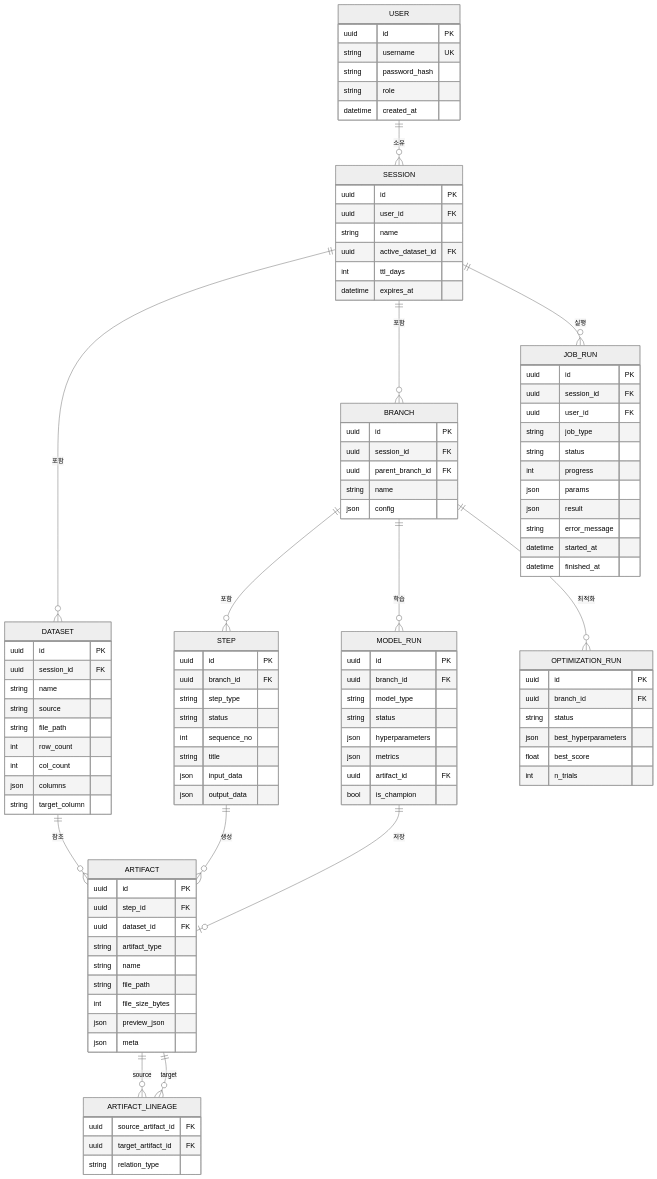
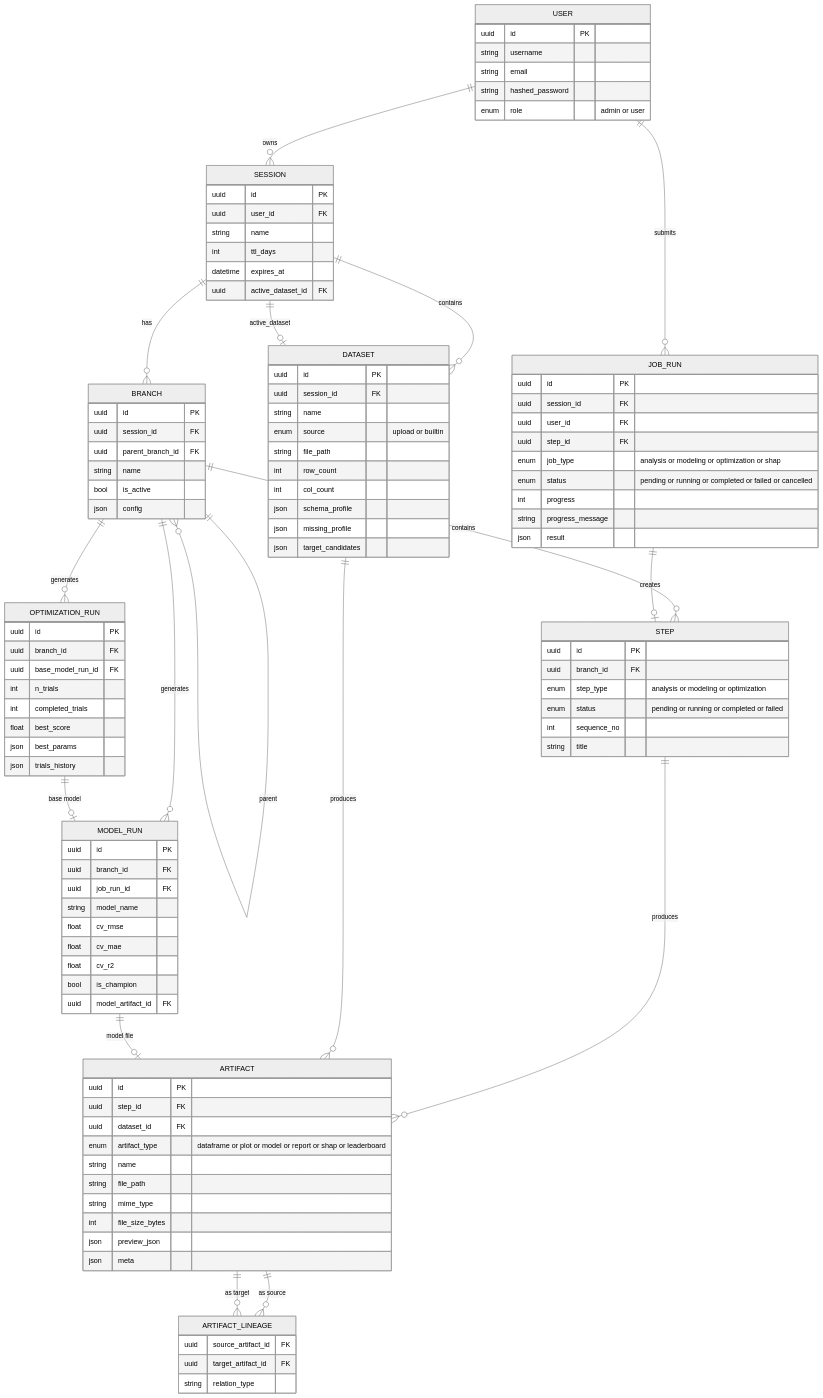
Before and after one commit to DusunHwang/Data_LG: diagram 12 of 13 in README.md, drawn with Mermaid (neutral theme). The commit also changed other lines of this file, not shown here.

First line of the commit message:
docs: README.md 전면 재작성 — 아키텍처·파이프라인 mermaid 시각화

````diff
--- a/README.md
+++ b/README.md
@@ -518,114 +279,111 @@
 erDiagram
     USER {
         uuid id PK
-        string username UK
-        string password_hash
-        string role
-        datetime created_at
+        string username
+        string email
+        string hashed_password
+        enum role "admin or user"
     }
-
     SESSION {
         uuid id PK
         uuid user_id FK
         string name
-        uuid active_dataset_id FK
         int ttl_days
         datetime expires_at
+        uuid active_dataset_id FK
     }
-
     DATASET {
         uuid id PK
         uuid session_id FK
         string name
-        string source
+        enum source "upload or builtin"
         string file_path
         int row_count
         int col_count
-        json columns
-        string target_column
+        json schema_profile
+        json missing_profile
+        json target_candidates
     }
-
     BRANCH {
         uuid id PK
         uuid session_id FK
         uuid parent_branch_id FK
         string name
+        bool is_active
         json config
     }
-
     STEP {
         uuid id PK
         uuid branch_id FK
-        string step_type
-        string status
+        enum step_type "analysis or modeling or optimization"
+        enum status "pending or running or completed or failed"
         int sequence_no
         string title
-        json input_data
-        json output_data
     }
-
     ARTIFACT {
         uuid id PK
         uuid step_id FK
         uuid dataset_id FK
-        string artifact_type
+        enum artifact_type "dataframe or plot or model or report or shap or leaderboard"
         string name
         string file_path
+        string mime_type
         int file_size_bytes
         json preview_json
         json meta
     }
-
+    JOB_RUN {
+        uuid id PK
+        uuid session_id FK
+        uuid user_id FK
+        uuid step_id FK
+        enum job_type "analysis or modeling or optimization or shap"
+        enum status "pending or running or completed or failed or cancelled"
+        int progress
+        string progress_message
+        json result
+    }
+    MODEL_RUN {
+        uuid id PK
+        uuid branch_id FK
+        uuid job_run_id FK
+        string model_name
+        float cv_rmse
+        float cv_mae
+        float cv_r2
+        bool is_champion
+        uuid model_artifact_id FK
+    }
+    OPTIMIZATION_RUN {
+        uuid id PK
+        uuid branch_id FK
+        uuid base_model_run_id FK
+        int n_trials
+        int completed_trials
+        float best_score
+        json best_params
+        json trials_history
+    }
     ARTIFACT_LINEAGE {
         uuid source_artifact_id FK
         uuid target_artifact_id FK
         string relation_type
     }
 
-    JOB_RUN {
-        uuid id PK
-        uuid session_id FK
-        uuid user_id FK
-        string job_type
-        string status
-        int progress
-        json params
-        json result
-        string error_message
-        datetime started_at
-        datetime finished_at
-    }
-
-    MODEL_RUN {
-        uuid id PK
-        uuid branch_id FK
-        string model_type
-        string status
-        json hyperparameters
-        json metrics
-        uuid artifact_id FK
-        bool is_champion
-    }
-
-    OPTIMIZATION_RUN {
-        uuid id PK
-        uuid branch_id FK
-        string status
-        json best_hyperparameters
-        float best_score
-        int n_trials
-    }
-
-    USER ||--o{ SESSION : "소유"
-    SESSION ||--o{ DATASET : "포함"
-    SESSION ||--o{ BRANCH : "포함"
-    SESSION ||--o{ JOB_RUN : "실행"
-    BRANCH ||--o{ STEP : "포함"
-    BRANCH ||--o{ MODEL_RUN : "학습"
-    BRANCH ||--o{ OPTIMIZATION_RUN : "최적화"
-    STEP ||--o{ ARTIFACT : "생성"
-    DATASET ||--o{ ARTIFACT : "참조"
-    ARTIFACT ||--o{ ARTIFACT_LINEAGE : "source"
-    ARTIFACT ||--o{ ARTIFACT_LINEAGE : "target"
-    MODEL_RUN ||--o| ARTIFACT : "저장"
+    USER ||--o{ SESSION : owns
+    USER ||--o{ JOB_RUN : submits
+    SESSION ||--o{ DATASET : contains
+    SESSION ||--o{ BRANCH : has
+    SESSION ||--o| DATASET : "active_dataset"
+    BRANCH ||--o{ BRANCH : "parent"
+    BRANCH ||--o{ STEP : contains
+    BRANCH ||--o{ MODEL_RUN : generates
+    BRANCH ||--o{ OPTIMIZATION_RUN : generates
+    STEP ||--o{ ARTIFACT : produces
+    DATASET ||--o{ ARTIFACT : produces
+    ARTIFACT ||--o{ ARTIFACT_LINEAGE : "as source"
+    ARTIFACT ||--o{ ARTIFACT_LINEAGE : "as target"
+    JOB_RUN ||--o| STEP : creates
+    MODEL_RUN ||--o| ARTIFACT : "model file"
+    OPTIMIZATION_RUN ||--o| MODEL_RUN : "base model"
 ```
````
